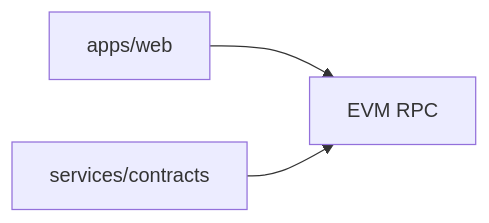
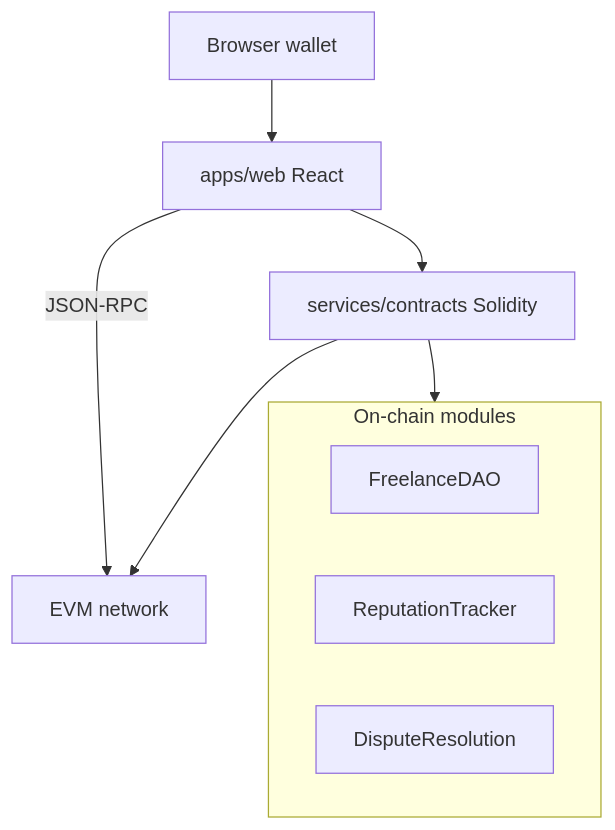
One commit to Aneesh495/lancechain changed the diagram in README.md. Above: the diagram before and after it, drawn with Mermaid. The commit also changed other lines of this file, not shown here.

Commit message:
Describe Lancechain escrow setup and wallet-console workspace

````diff
--- a/README.md
+++ b/README.md
@@ -15,5 +9,13 @@
 ```mermaid
-flowchart LR
-  Web[apps/web] --> RPC[EVM RPC]
-  Contracts[services/contracts] --> RPC
+flowchart TB
+  Wallet[Browser wallet] --> Web[apps/web React]
+  Web -->|JSON-RPC| Chain[EVM network]
+  Web --> Contracts[services/contracts Solidity]
+  Contracts --> Chain
+  subgraph onchain [On-chain modules]
+    DAO[FreelanceDAO]
+    Rep[ReputationTracker]
+    Vote[DisputeResolution]
+  end
+  Contracts --> onchain
 ```
````
